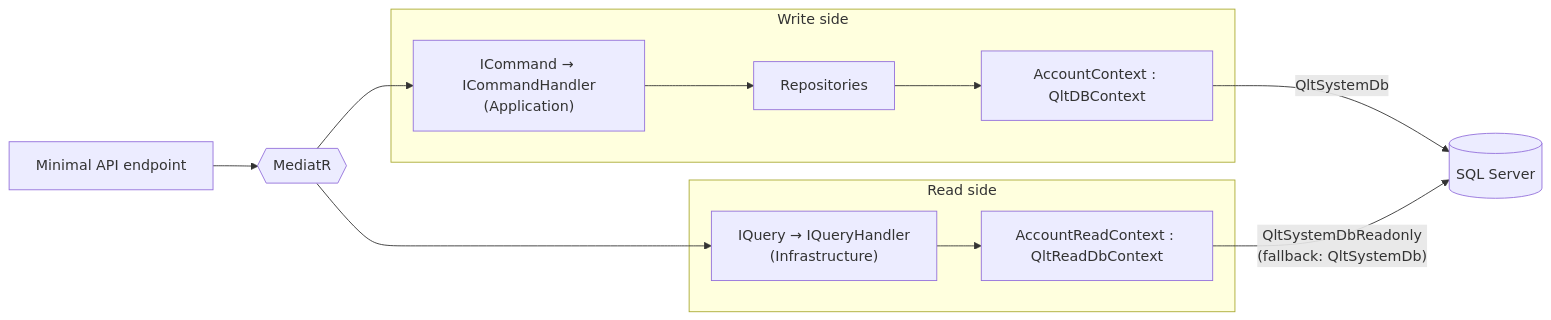
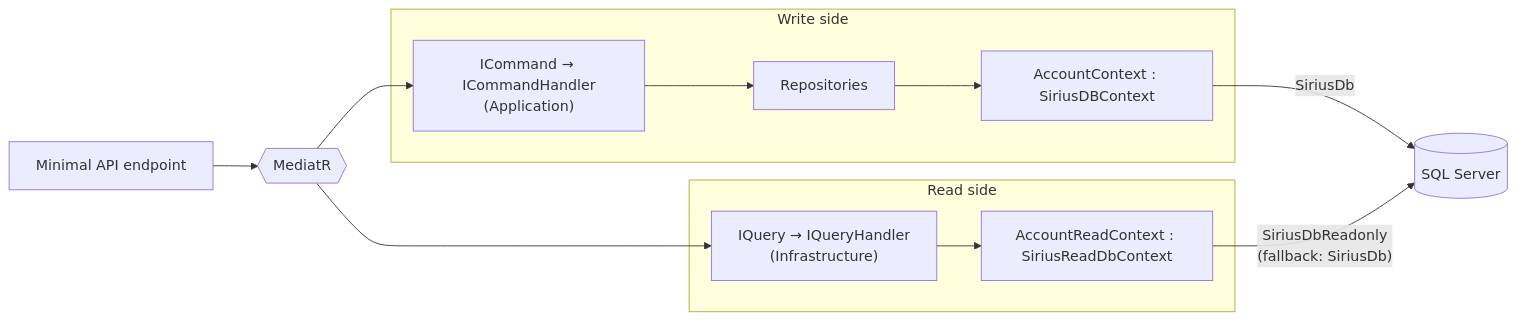
Before and after one commit to miquelalcaraz/Labs.ServicePlatform: the diagram in docs/architecture/08-cqrs-read-model.md, drawn with Mermaid. The commit also changed other lines of this file and 1116 other files, not shown here.

````diff
--- a/docs/architecture/08-cqrs-read-model.md
+++ b/docs/architecture/08-cqrs-read-model.md
@@ -10,17 +10,17 @@
 ```mermaid
 flowchart LR
     API["Minimal API endpoint"] --> MED{{"MediatR"}}
 
     subgraph WRITE["Write side"]
-        CMD["ICommand → ICommandHandler<br/>(Application)"] --> REPO["Repositories"] --> WCTX["AccountContext : QltDBContext"]
+        CMD["ICommand → ICommandHandler<br/>(Application)"] --> REPO["Repositories"] --> WCTX["AccountContext : SiriusDBContext"]
     end
 
     subgraph READ["Read side"]
-        QRY["IQuery → IQueryHandler<br/>(Infrastructure)"] --> RCTX["AccountReadContext : QltReadDbContext"]
+        QRY["IQuery → IQueryHandler<br/>(Infrastructure)"] --> RCTX["AccountReadContext : SiriusReadDbContext"]
     end
 
     MED --> CMD
     MED --> QRY
-    WCTX -- "QltSystemDb" --> DB[("SQL Server")]
-    RCTX -- "QltSystemDbReadonly<br/>(fallback: QltSystemDb)" --> DB
+    WCTX -- "SiriusDb" --> DB[("SQL Server")]
+    RCTX -- "SiriusDbReadonly<br/>(fallback: SiriusDb)" --> DB
 ```
````
